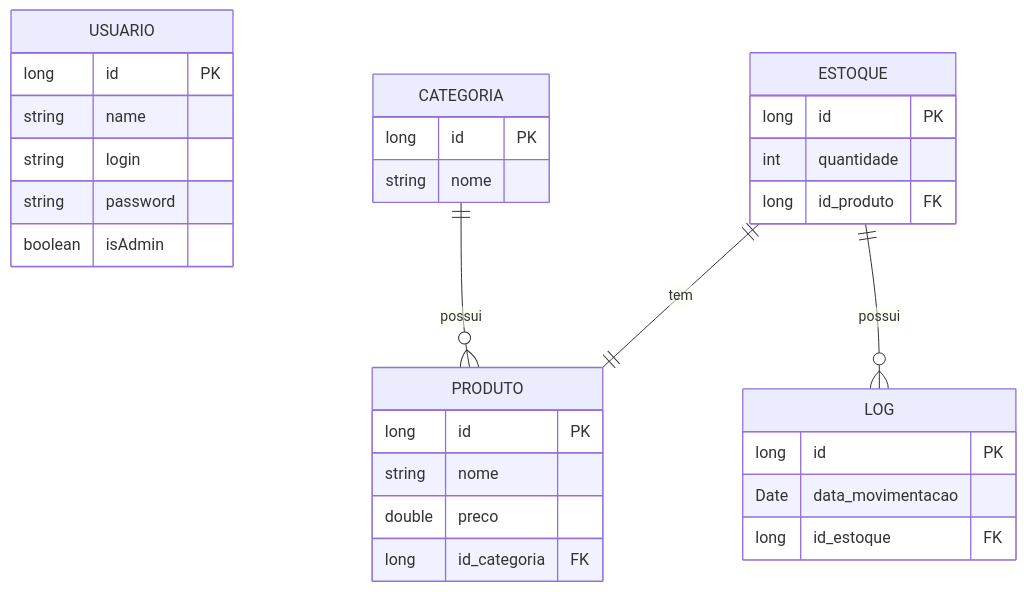
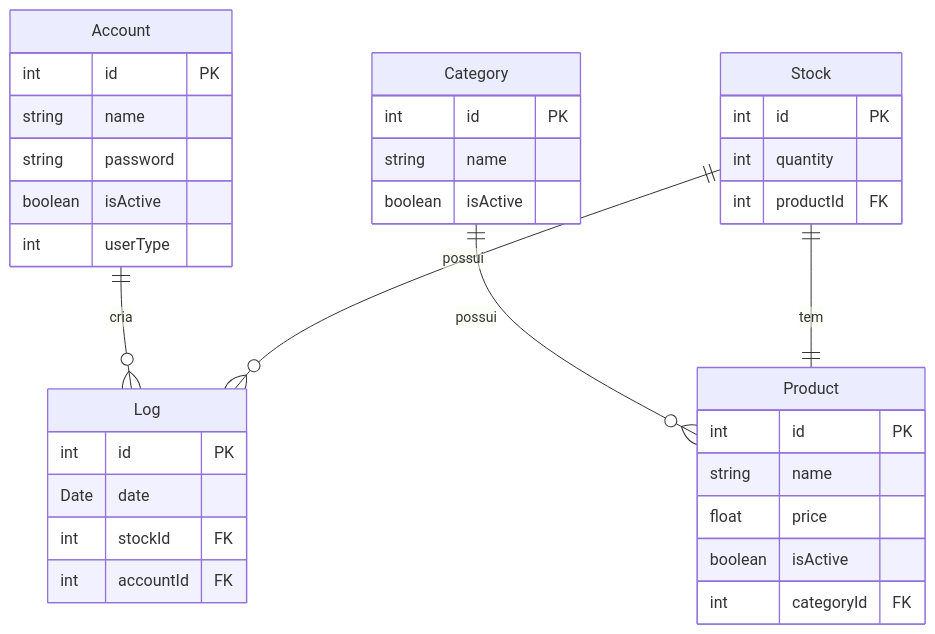
One commit to uDiegoDantas/sistock changed the diagram in docs/doc-visao.md. Above: the diagram before and after it, drawn with Mermaid. The commit also changed other lines of this file, not shown here.

Commit message:
fix: atualizacao doc de visao

````diff
--- a/docs/doc-visao.md
+++ b/docs/doc-visao.md
@@ -98,38 +98,41 @@
 ```mermaid
 erDiagram
-    USUARIO {
-        long id PK
+    Account {
+        int id PK
         string name
-        string login
         string password
-        boolean isAdmin
+        boolean isActive
+        int userType
+    }
+    Account ||--o{ Log : "cria"
+
+    Category {
+        int id PK
+        string name
+        boolean isActive
     }
 
-    CATEGORIA {
-        long id PK
-        string nome
+    Product {
+        int id PK
+        string name
+        float price
+        boolean isActive
+        int categoryId FK
+    }
+    Category ||--o{ Product : "possui"
+
+    Log {
+        int id PK
+        Date date
+        int stockId FK 
+        int accountId FK
     }
 
-    PRODUTO {
-        long id PK
-        string nome
-        double preco
-        long id_categoria FK
+    Stock {
+        int id PK
+        int quantity
+        int productId FK
     }
-    CATEGORIA ||--o{ PRODUTO : "possui"
-
-    LOG {
-        long id PK
-        Date data_movimentacao
-        long id_estoque FK 
-    }
-
-    ESTOQUE {
-        long id PK
-        int quantidade
-        long id_produto FK
-    }
-    ESTOQUE ||--o{ LOG : "possui"
-    ESTOQUE ||--|| PRODUTO : "tem"
-
+    Stock ||--o{ Log : "possui"
+    Stock ||--|| Product : "tem"
 ```
````
